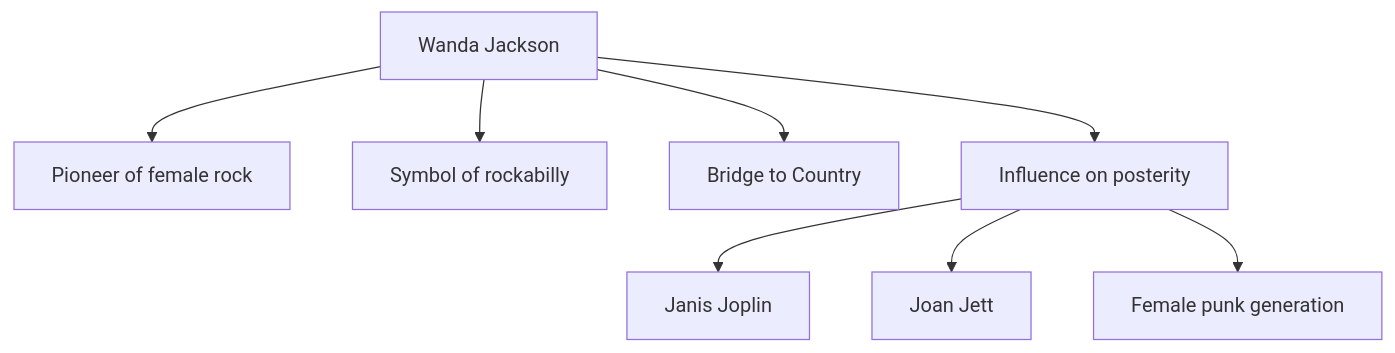
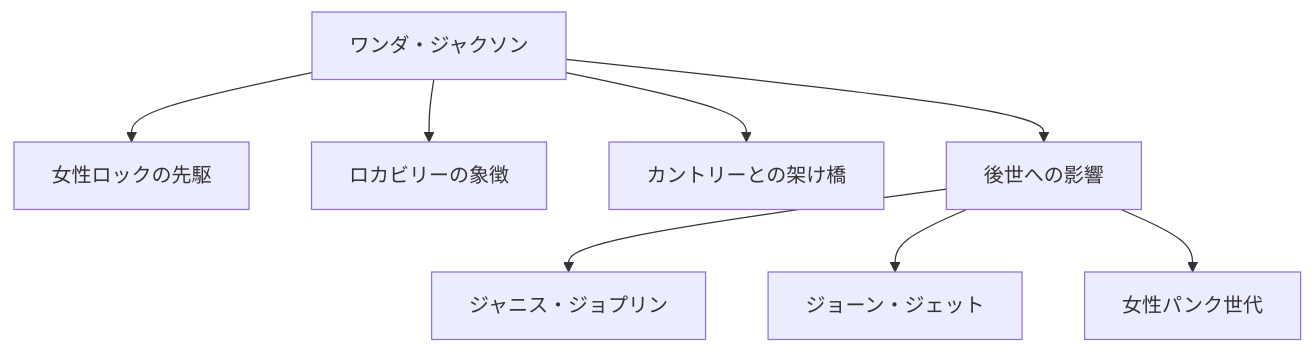
Diagram 11 of 11 in en/_posts/2026-05-16-column-wanda-jackson.md (monumental-movement/monumental-movement.github.io), drawn with Mermaid before and after one commit. The commit also changed other lines of this file and 2196 other files, not shown here.

```diff
--- a/en/_posts/2026-05-16-column-wanda-jackson.md
+++ b/en/_posts/2026-05-16-column-wanda-jackson.md
@@ -323,11 +323,11 @@
 <div class="mermaid">
 graph TD
-A["Wanda Jackson"] --> B["Pioneer of female rock"]
-A --> C["Symbol of rockabilly"]
-A --> D["Bridge to Country"]
-A --> E["Influence on posterity"]
+A["ワンダ・ジャクソン"] --> B["女性ロックの先駆"]
+A --> C["ロカビリーの象徴"]
+A --> D["カントリーとの架け橋"]
+A --> E["後世への影響"]
 
-E --> F["Janis Joplin"]
-E --> G["Joan Jett"]
-E --> H["Female punk generation"]
+E --> F["ジャニス・ジョプリン"]
+E --> G["ジョーン・ジェット"]
+E --> H["女性パンク世代"]
 </div>
```
